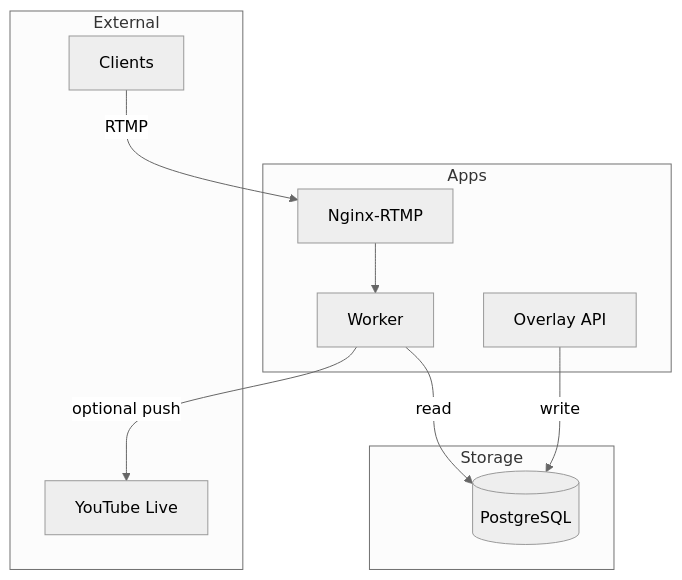
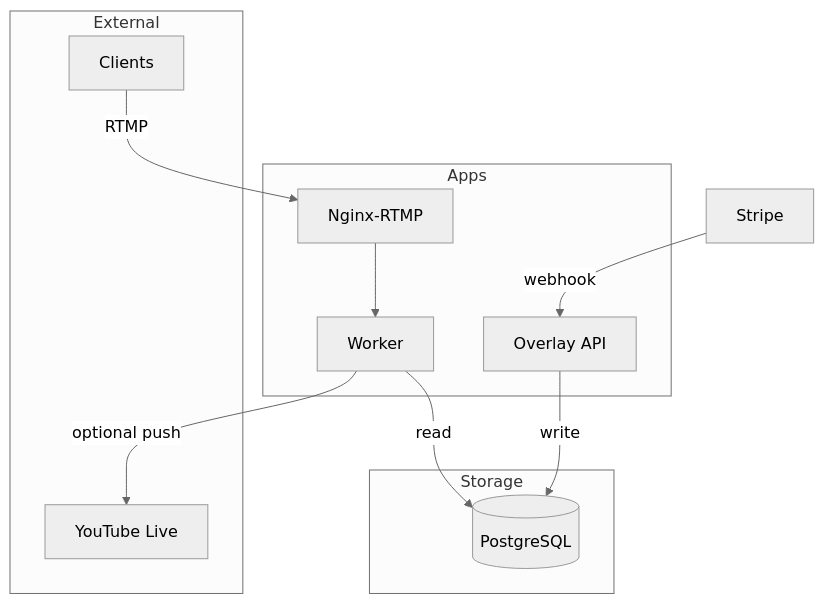
One commit to iklobato/donatik-tube changed the fifth of 5 diagrams in README.md. Above: the diagram before and after it, drawn with Mermaid (neutral theme). The commit also changed other lines of this file and 1 other file, not shown here.

First line of the commit message:
docs: update README for payment link and Stripe

````diff
--- a/README.md
+++ b/README.md
@@ -146,23 +146,24 @@
 ```mermaid
 flowchart TB
     subgraph Apps
         N[Nginx-RTMP]
         W[Worker]
         A[Overlay API]
     end
 
     subgraph Storage
         P[(PostgreSQL)]
     end
 
     subgraph External
         Y[YouTube Live]
         C[Clients]
     end
 
     C -->|RTMP| N
     N --> W
     W -->|read| P
     A -->|write| P
+    STRIPE[Stripe] -->|webhook| A
     W -->|optional push| Y
 ```
````
